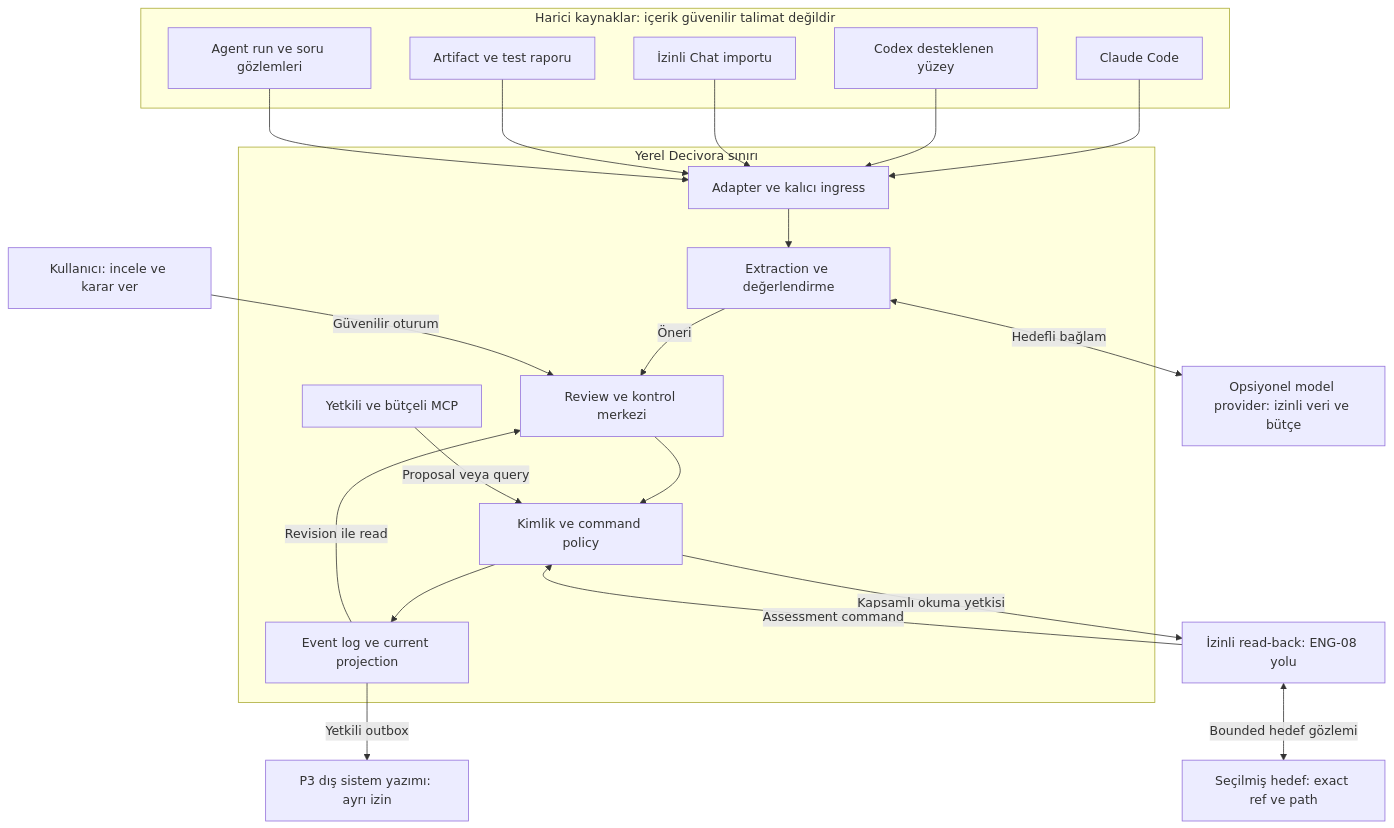
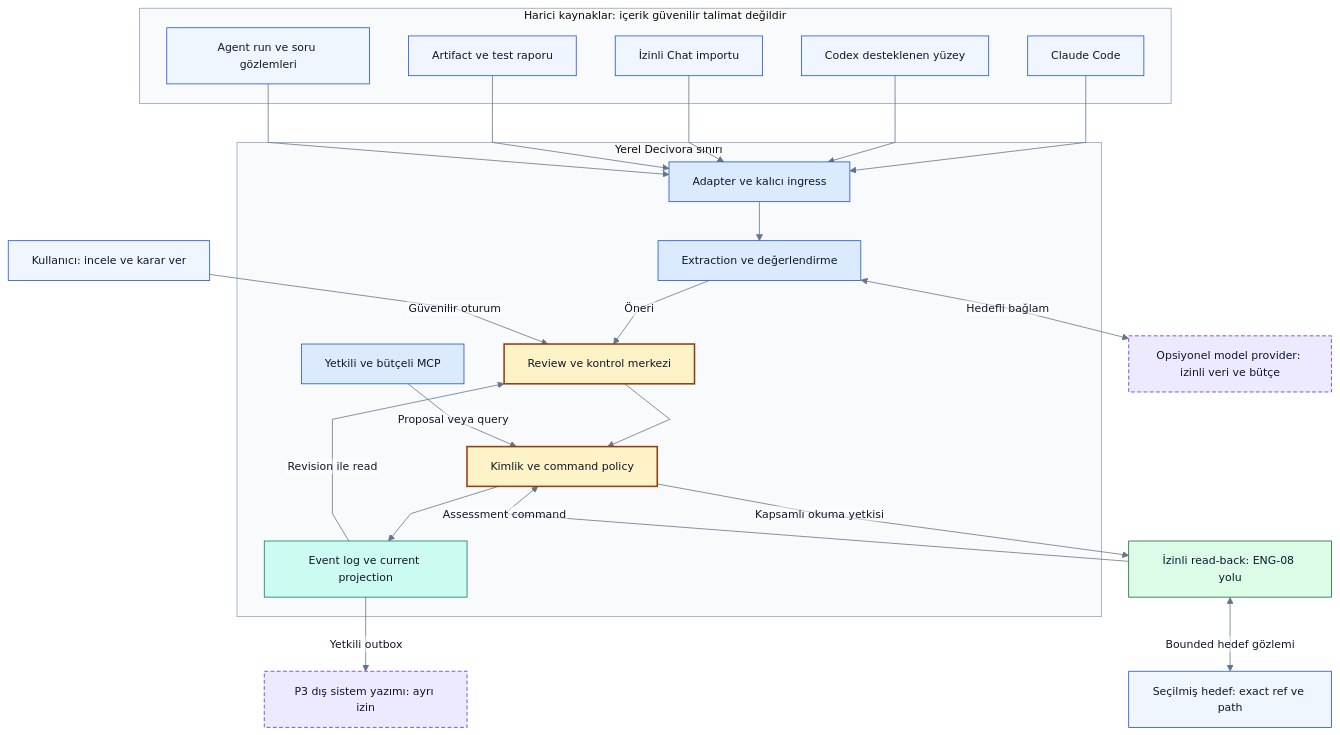
One commit to alphanAkbulut/decivora changed the first of 13 diagrams in docs/architecture/diagrams.md. Above: the diagram before and after it, drawn with Mermaid. The commit also changed other lines of this file and 21 other files, not shown here.

Commit message:
Refresh all Mermaid diagrams, clarify decision states and document rendering evidence

````diff
--- a/docs/architecture/diagrams.md
+++ b/docs/architecture/diagrams.md
@@ -11,40 +14,55 @@
 ```mermaid
+%%{init: {"theme":"base","themeVariables":{"fontFamily":"Arial, sans-serif","fontSize":"14px","primaryColor":"#eff6ff","primaryTextColor":"#0f172a","primaryBorderColor":"#1d4ed8","lineColor":"#64748b","secondaryColor":"#ccfbf1","tertiaryColor":"#f1f5f9","background":"#ffffff","mainBkg":"#eff6ff","textColor":"#0f172a","clusterBkg":"#f8fafc","clusterBorder":"#94a3b8","edgeLabelBackground":"#ffffff","actorBkg":"#eff6ff","actorTextColor":"#0f172a","actorBorder":"#1d4ed8","signalColor":"#64748b","signalTextColor":"#0f172a","noteBkgColor":"#fef3c7","noteTextColor":"#0f172a","noteBorderColor":"#92400e"},"flowchart":{"htmlLabels":false,"curve":"linear"},"sequence":{"wrap":true},"themeCSS":"background-color:#ffffff;"}}%%
 flowchart TB
+    accTitle: Sistem bağlamı ve güven sınırları
+    accDescr: Önerilen tasarım veya açıkça belirtilen sentetik örnek. Renkler alan ve kontrol türünü gösterir; implemented veya passed kanıtı değildir. Yetki, revision ve coverage sınırları korunur.
     USER["Kullanıcı: incele ve karar ver"]
     subgraph SOURCES["Harici kaynaklar: içerik güvenilir talimat değildir"]
         CC[Claude Code]
         CX[Codex desteklenen yüzey]
         CHAT[İzinli Chat importu]
         ART[Artifact ve test raporu]
         AG[Agent run ve soru gözlemleri]
     end
     subgraph LOCAL["Yerel Decivora sınırı"]
         AD[Adapter ve kalıcı ingress]
         EN[Extraction ve değerlendirme]
         UI[Review ve kontrol merkezi]
         POLICY[Kimlik ve command policy]
         STORE[Event log ve current projection]
         MCP[Yetkili ve bütçeli MCP]
     end
     MODEL["Opsiyonel model provider: izinli veri ve bütçe"]
     EXT["P3 dış sistem yazımı: ayrı izin"]
     TARGET["Seçilmiş hedef: exact ref ve path"]
     RB["İzinli read-back: ENG-08 yolu"]
     CC --> AD
     CX --> AD
     CHAT --> AD
     ART --> AD
     AG --> AD
     AD --> EN
     EN -->|Öneri| UI
     USER -->|Güvenilir oturum| UI
     UI --> POLICY
     MCP -->|Proposal veya query| POLICY
     POLICY --> STORE
     STORE -->|Revision ile read| UI
     EN <-->|Hedefli bağlam| MODEL
     STORE -->|Yetkili outbox| EXT
     POLICY -->|Kapsamlı okuma yetkisi| RB
     RB <-->|Bounded hedef gözlemi| TARGET
     RB -->|Assessment command| POLICY
+    classDef source fill:#eff6ff,stroke:#1d4ed8,color:#0f172a
+    classDef process fill:#dbeafe,stroke:#1d4ed8,color:#0f172a
+    classDef gate fill:#fef3c7,stroke:#92400e,color:#0f172a,stroke-width:2px
+    classDef store fill:#ccfbf1,stroke:#0f766e,color:#0f172a
+    classDef evidence fill:#dcfce7,stroke:#166534,color:#0f172a
+    classDef future fill:#ede9fe,stroke:#6d28d9,color:#0f172a,stroke-dasharray:5 3
+    class USER,CC,CX,CHAT,ART,AG,TARGET source
+    class AD,EN,MCP process
+    class UI,POLICY gate
+    class STORE store
+    class RB evidence
+    class MODEL,EXT future
 ```
````
